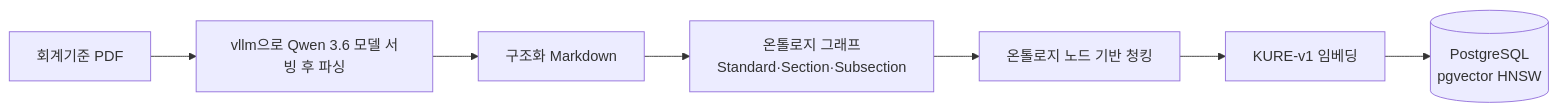
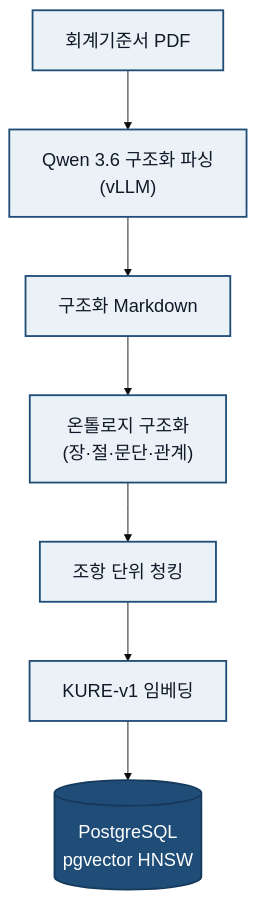
One commit to PDW-accountant/rag_for_accounting changed the first of 2 diagrams in README.md. Above: the diagram before and after it, drawn with Mermaid. The commit also changed other lines of this file, not shown here.

````diff
--- a/README.md
+++ b/README.md
@@ -70,9 +70,24 @@
 ```mermaid
-flowchart LR
-    A["회계기준 PDF"] --> B["vllm으로 Qwen 3.6 모델 서빙 후 파싱"]
-    B --> C["구조화 Markdown"]
-    C --> D["온톨로지 그래프<br/>Standard·Section·Subsection"]
-    D --> E["온톨로지 노드 기반 청킹"]
-    E --> F["KURE-v1 임베딩"]
-    F --> G[("PostgreSQL<br/>pgvector HNSW")]
+%%{init: {"theme":"base","themeVariables":{"fontSize":"20px","fontFamily":"Arial, sans-serif"},"flowchart":{"useMaxWidth":true,"nodeSpacing":45,"rankSpacing":65,"padding":18}}}%%
+flowchart TB
+    A["회계기준서 PDF"]
+    B["Qwen 3.6 구조화 파싱<br/>(vLLM)"]
+    C["구조화 Markdown"]
+    D["온톨로지 구조화<br/>(장·절·문단·관계)"]
+    E["조항 단위 청킹"]
+    F["KURE-v1 임베딩"]
+    G[("PostgreSQL<br/>pgvector HNSW")]
+
+    A --> B
+    B --> C
+    C --> D
+    D --> E
+    E --> F
+    F --> G
+
+    classDef step fill:#EAF2F8,stroke:#1F4D78,stroke-width:2px,color:#111827,font-size:20px;
+    classDef storage fill:#1F4D78,stroke:#163A5C,stroke-width:2px,color:#FFFFFF,font-size:20px;
+
+    class A,B,C,D,E,F step;
+    class G storage;
 ```
````
